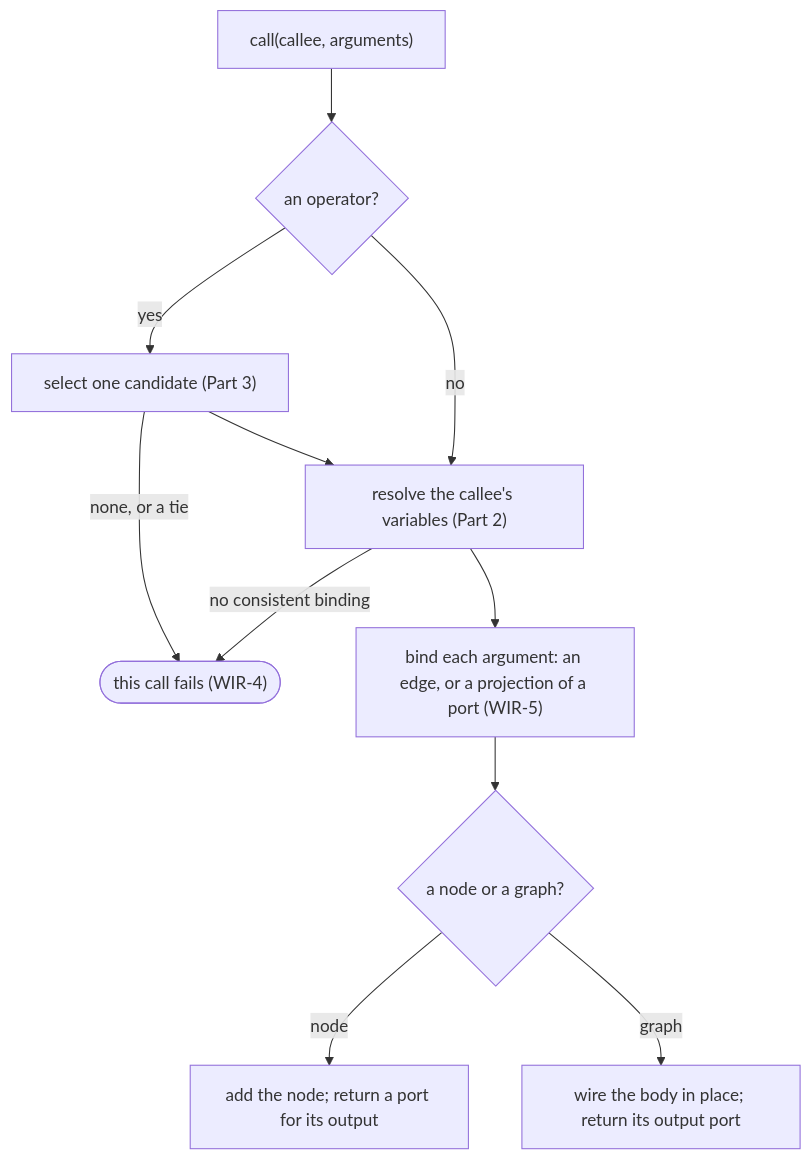
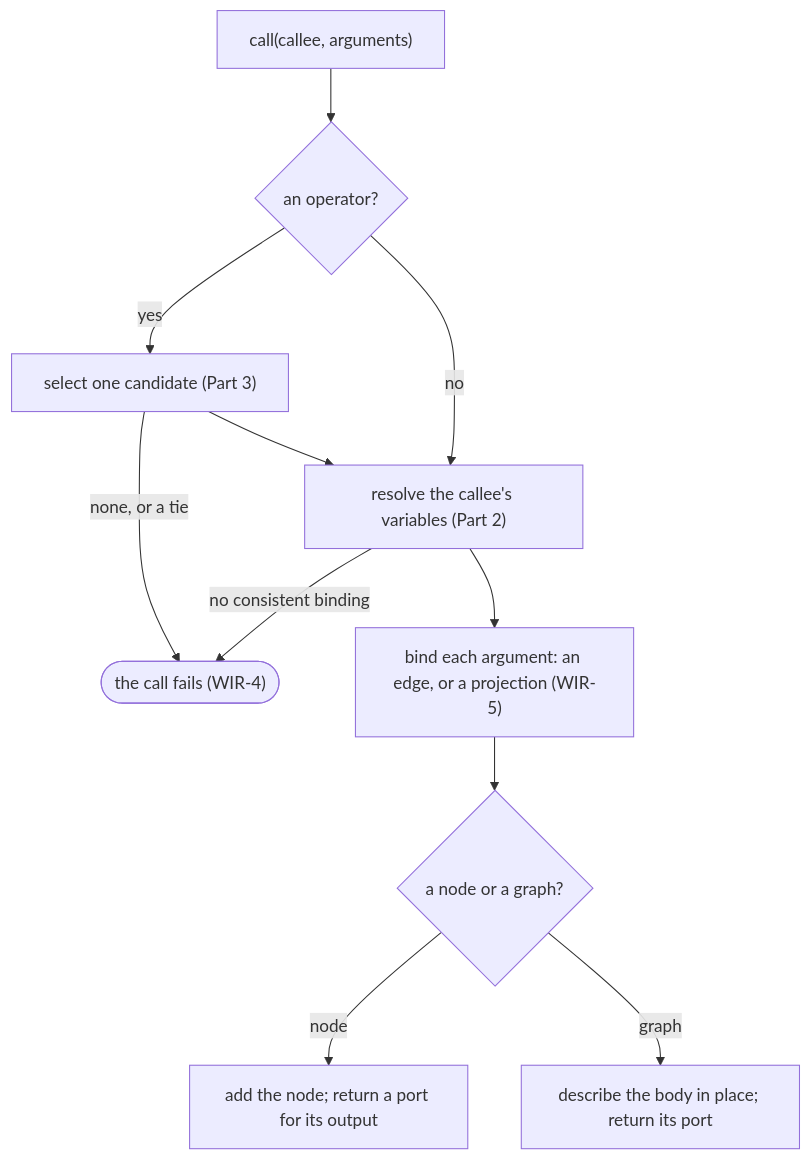
One commit to hhenson/hgraph_spec changed the third of 5 diagrams in wiring/wiring.md. Above: the diagram before and after it, drawn with Mermaid. The commit also changed other lines of this file and 10 other files, not shown here.

````diff
--- a/wiring/wiring.md
+++ b/wiring/wiring.md
@@ -135,13 +167,13 @@
 ```mermaid
 flowchart TD
     C["call(callee, arguments)"] --> O{"an operator?"}
     O -- "yes" --> S["select one candidate (Part 3)"]
     O -- "no" --> R
-    S -- "none, or a tie" --> F(["this call fails (WIR-4)"])
+    S -- "none, or a tie" --> F(["the call fails (WIR-4)"])
     S --> R["resolve the callee's variables (Part 2)"]
     R -- "no consistent binding" --> F
-    R --> B["bind each argument: an edge, or a projection of a port (WIR-5)"]
+    R --> B["bind each argument: an edge, or a projection (WIR-5)"]
     B --> K{"a node or a graph?"}
     K -- "node" --> N["add the node; return a port for its output"]
-    K -- "graph" --> G["wire the body in place; return its output port"]
+    K -- "graph" --> G["describe the body in place; return its port"]
 ```
````
